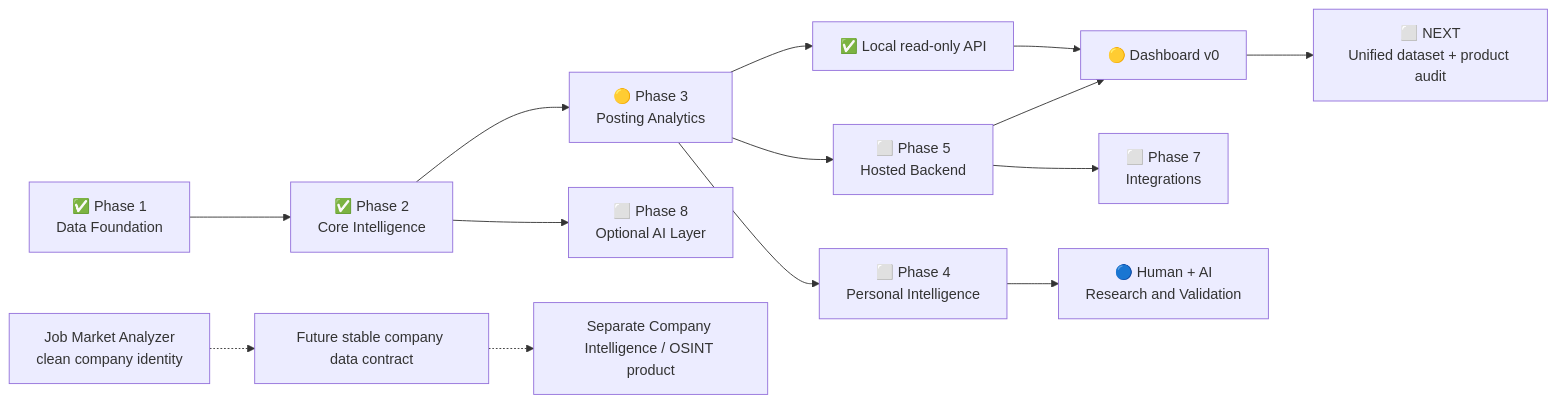
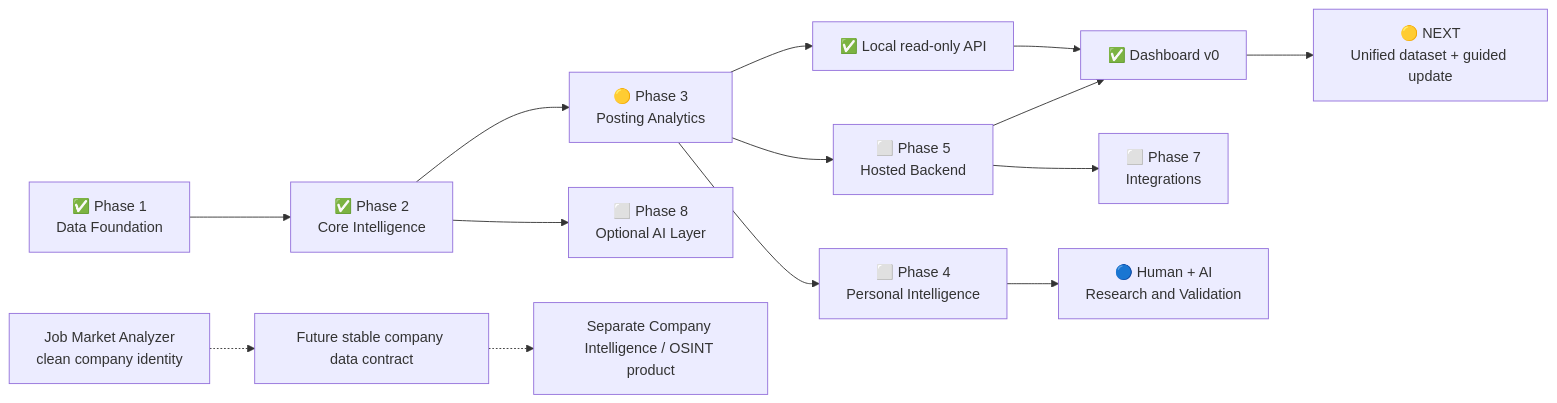
Before and after one commit to teremno/job-market-analyzer: the first of 2 diagrams in docs/ROADMAP.md, drawn with Mermaid. The commit also changed other lines of this file and 21 other files, not shown here.

````diff
--- a/docs/ROADMAP.md
+++ b/docs/ROADMAP.md
@@ -42,16 +42,16 @@
 ```mermaid
 flowchart LR
     P1["✅ Phase 1<br/>Data Foundation"] --> P2["✅ Phase 2<br/>Core Intelligence"]
     P2 --> P3["🟡 Phase 3<br/>Posting Analytics"]
     P3 --> P4["⬜ Phase 4<br/>Personal Intelligence"]
     P3 --> LA["✅ Local read-only API"]
-    LA --> P6["🟡 Dashboard v0"]
-    P6 --> UA["⬜ NEXT<br/>Unified dataset + product audit"]
+    LA --> P6["✅ Dashboard v0"]
+    P6 --> UA["🟡 NEXT<br/>Unified dataset + guided update"]
     P3 --> P5["⬜ Phase 5<br/>Hosted Backend"]
     P5 --> P6
     P5 --> P7["⬜ Phase 7<br/>Integrations"]
     P2 --> P8["⬜ Phase 8<br/>Optional AI Layer"]
     P4 --> R["🔵 Human + AI<br/>Research and Validation"]
     JMA["Job Market Analyzer<br/>clean company identity"] -.-> DC["Future stable company data contract"]
     DC -.-> CI["Separate Company Intelligence / OSINT product"]
 ```
````
